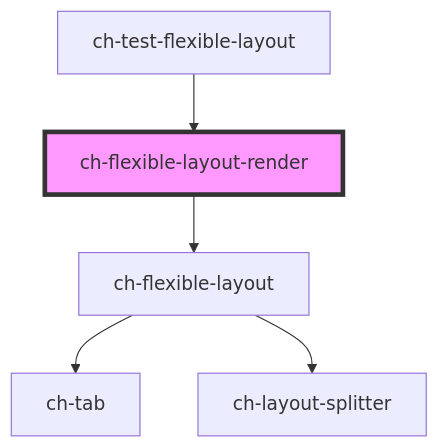
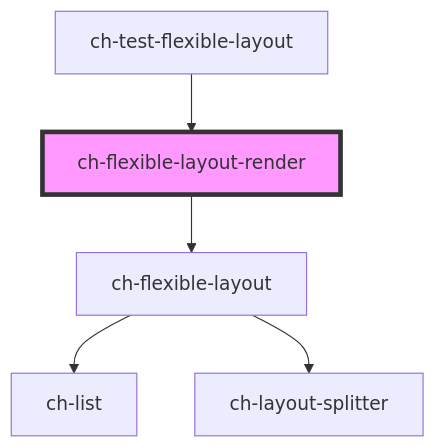
Before and after one commit to genexuslabs/chameleon-controls-library: the diagram in src/components/renders/flexible-layout/readme.md, drawn with Mermaid. The commit also changed 12 other files, not shown here.

Commit message:
Rename "ch-tab" control to "ch-list"

````diff
--- a/src/components/renders/flexible-layout/readme.md
+++ b/src/components/renders/flexible-layout/readme.md
@@ -70,8 +70,8 @@
 ```mermaid
 graph TD;
   ch-flexible-layout-render --> ch-flexible-layout
-  ch-flexible-layout --> ch-tab
+  ch-flexible-layout --> ch-list
   ch-flexible-layout --> ch-layout-splitter
   ch-test-flexible-layout --> ch-flexible-layout-render
   style ch-flexible-layout-render fill:#f9f,stroke:#333,stroke-width:4px
 ```
````
